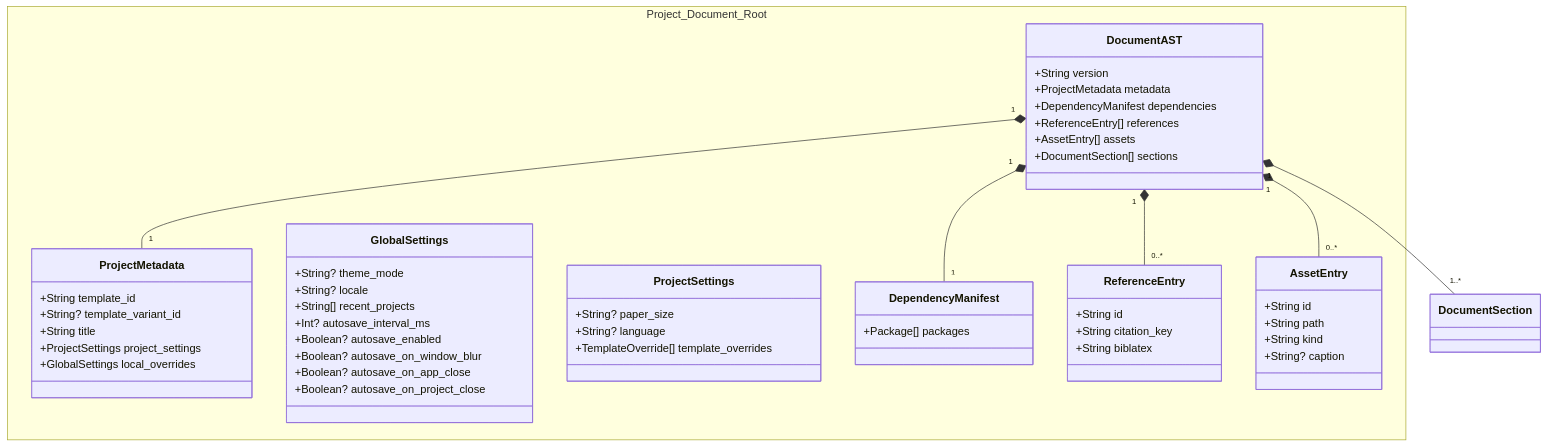
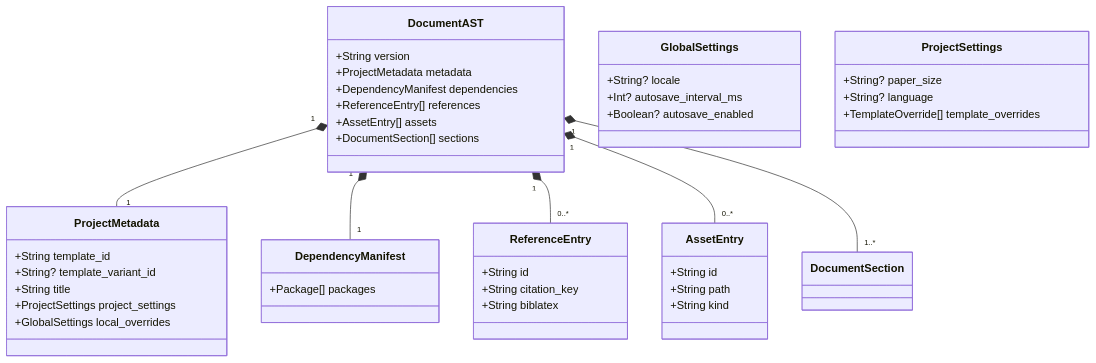
The first of 6 diagrams in context/class-diagrams.md (andmoreduro/ergo), drawn with Mermaid before and after one commit. The commit also changed other lines of this file and 374 other files, not shown here.

````diff
--- a/context/class-diagrams.md
+++ b/context/class-diagrams.md
@@ -7,61 +7,46 @@
 ```mermaid
 classDiagram
-    namespace Project_Document_Root {
-        class DocumentAST {
-            +String version
-            +ProjectMetadata metadata
-            +DependencyManifest dependencies
-            +ReferenceEntry[] references
-            +AssetEntry[] assets
-            +DocumentSection[] sections
-        }
-
-        class ProjectMetadata {
-            +String template_id
-            +String? template_variant_id
-            +String title
-            +ProjectSettings project_settings
-            +GlobalSettings local_overrides
-        }
-
-        class GlobalSettings {
-            +String? theme_mode
-            +String? locale
-            +String[] recent_projects
-            +Int? autosave_interval_ms
-            +Boolean? autosave_enabled
-            +Boolean? autosave_on_window_blur
-            +Boolean? autosave_on_app_close
-            +Boolean? autosave_on_project_close
-        }
-
-        class ProjectSettings {
-            +String? paper_size
-            +String? language
-            +TemplateOverride[] template_overrides
-        }
-
-        class DependencyManifest {
-            +Package[] packages
-        }
-
-        class ReferenceEntry {
-            +String id
-            +String citation_key
-            +String biblatex
-        }
-
-        class AssetEntry {
-            +String id
-            +String path
-            +String kind
-            +String? caption
-        }
+    class DocumentAST {
+        +String version
+        +ProjectMetadata metadata
+        +DependencyManifest dependencies
+        +ReferenceEntry[] references
+        +AssetEntry[] assets
+        +DocumentSection[] sections
     }
-
+    class ProjectMetadata {
+        +String template_id
+        +String? template_variant_id
+        +String title
+        +ProjectSettings project_settings
+        +GlobalSettings local_overrides
+    }
+    class GlobalSettings {
+        +String? locale
+        +Int? autosave_interval_ms
+        +Boolean? autosave_enabled
+    }
+    class ProjectSettings {
+        +String? paper_size
+        +String? language
+        +TemplateOverride[] template_overrides
+    }
+    class ReferenceEntry {
+        +String id
+        +String citation_key
+        +String biblatex
+    }
+    class AssetEntry {
+        +String id
+        +String path
+        +String kind
+    }
+    class DependencyManifest {
+        +Package[] packages
+    }
     DocumentAST "1" *-- "1" ProjectMetadata
     DocumentAST "1" *-- "1" DependencyManifest
     DocumentAST "1" *-- "0..*" ReferenceEntry
     DocumentAST "1" *-- "0..*" AssetEntry
     DocumentAST "1" *-- "1..*" DocumentSection
 ```
````
